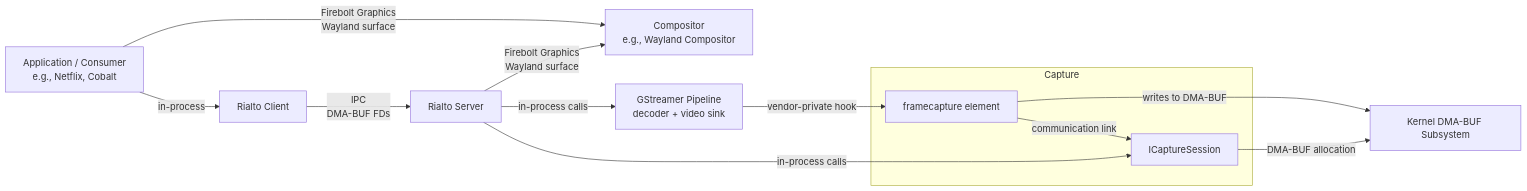
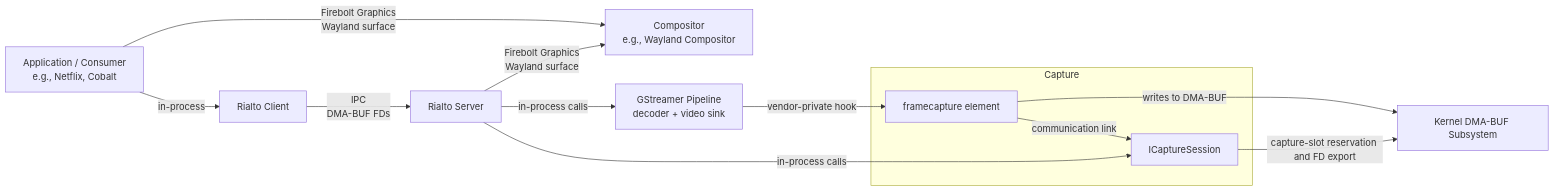
Before and after one commit to rdkcentral/rdk-hpk-documentation: the diagram in doc/Media_Pipeline/SPECIFICATION-soc-video-frame-capture.md, drawn with Mermaid. The commit also changed other lines of this file, not shown here.

Commit message:
Sync video frame capture spec v0.3

````diff
--- a/doc/Media_Pipeline/SPECIFICATION-soc-video-frame-capture.md
+++ b/doc/Media_Pipeline/SPECIFICATION-soc-video-frame-capture.md
@@ -30,17 +40,17 @@
 ```mermaid
 graph LR
     App[Application / Consumer<br/>e.g., Netflix, Cobalt] -->|in-process| RC[Rialto Client]
     RC -->|IPC<br/>DMA-BUF FDs| RS[Rialto Server]
     RS -->|Firebolt Graphics<br/>Wayland surface| Comp[Compositor<br/>e.g., Wayland Compositor]
     App -->|Firebolt Graphics<br/>Wayland surface| Comp
     RS -->|in-process calls| GS[GStreamer Pipeline<br/>decoder + video sink]
     subgraph Capture
         ICS[ICaptureSession]
         FC[framecapture element]
     end
     RS -->|in-process calls| ICS
     GS -->|vendor-private hook| FC
     FC -->|communication link| ICS
-    ICS -->|DMA-BUF allocation| Kernel[Kernel DMA-BUF Subsystem]
+    ICS -->|capture-slot reservation and FD export| Kernel[Kernel DMA-BUF Subsystem]
     FC -->|writes to DMA-BUF| Kernel
 ```
````
